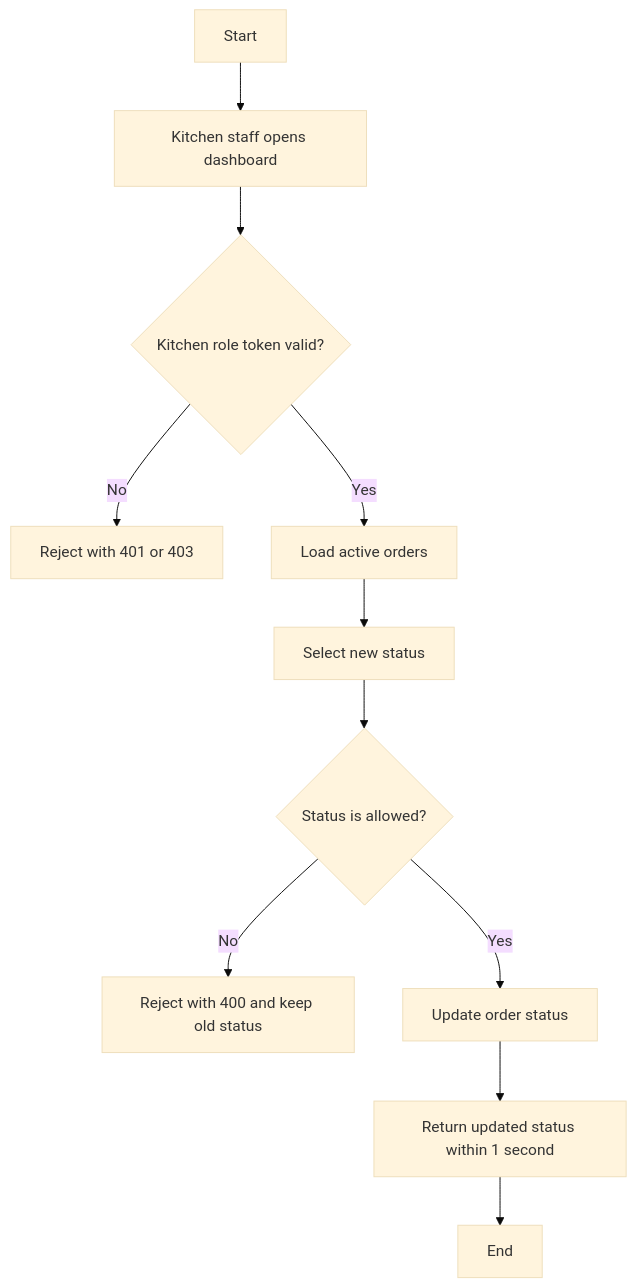
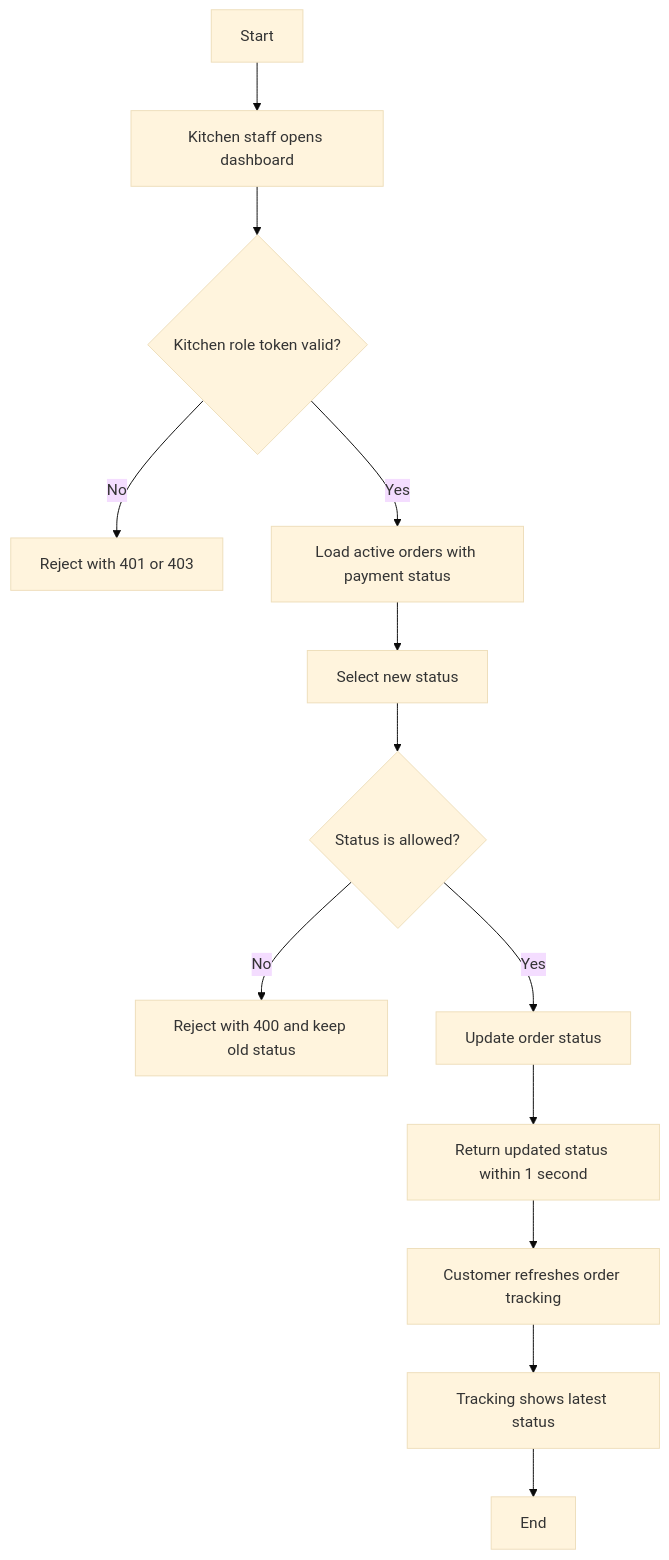
The fifth of 6 diagrams in docs/design_specification.md (mahmoud-hassan-soliman/customer-ordering-system), drawn with Mermaid (base theme) before and after one commit. The commit also changed other lines of this file and 36 other files, not shown here.

Commit message:
Add final SE enhancements and customer order tracking

````diff
--- a/docs/design_specification.md
+++ b/docs/design_specification.md
@@ -101,13 +114,15 @@
 ```mermaid
 flowchart TD
     A["Start"] --> B["Kitchen staff opens dashboard"]
     B --> C{"Kitchen role token valid?"}
     C -- No --> D["Reject with 401 or 403"]
-    C -- Yes --> E["Load active orders"]
+    C -- Yes --> E["Load active orders with payment status"]
     E --> F["Select new status"]
     F --> G{"Status is allowed?"}
     G -- No --> H["Reject with 400 and keep old status"]
     G -- Yes --> I["Update order status"]
     I --> J["Return updated status within 1 second"]
-    J --> K["End"]
+    J --> K["Customer refreshes order tracking"]
+    K --> L["Tracking shows latest status"]
+    L --> M["End"]
 ```
````
